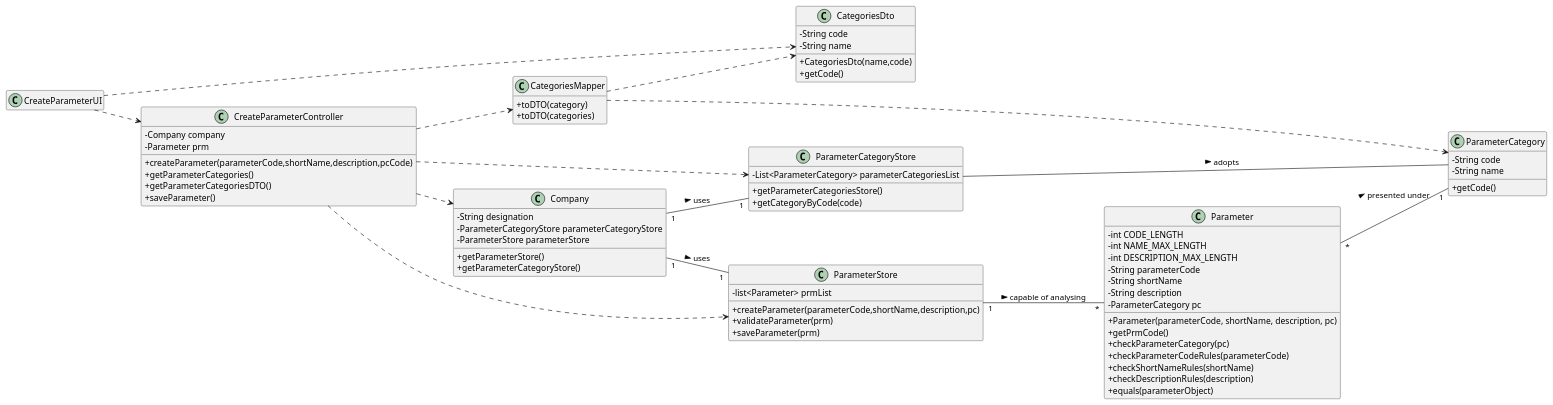
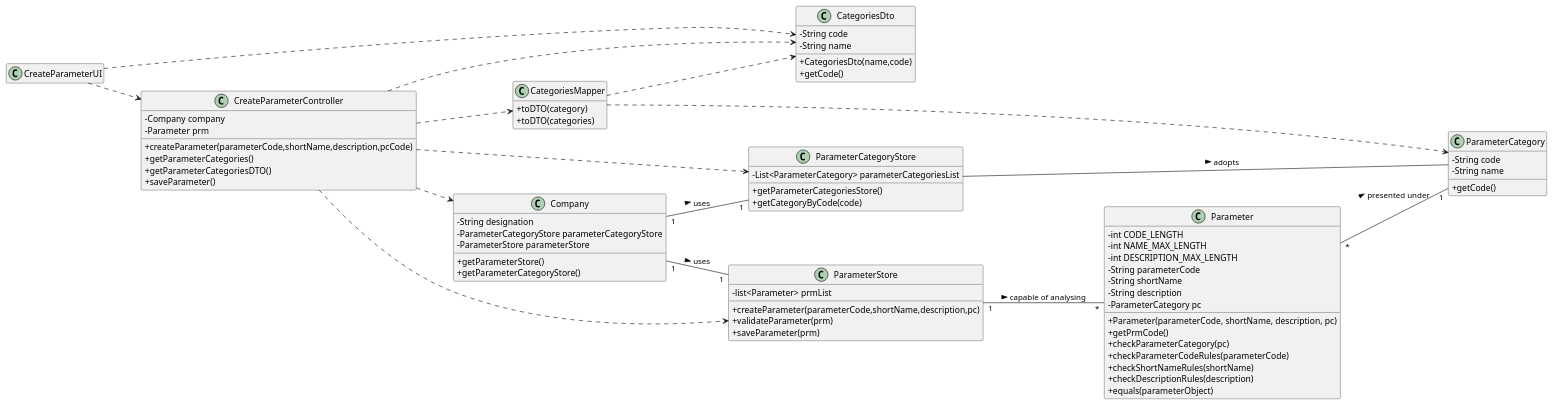
Before and after one commit to ana-albergaria/LAPR2-ISEP: the diagram in docs/SprintB/US_10/US10_CD.puml, drawn with PlantUML. The commit also changed 1 other file, not shown here.

```diff
--- a/docs/SprintB/US_10/US10_CD.puml
+++ b/docs/SprintB/US_10/US10_CD.puml
@@ -1,90 +1,91 @@
 @startuml
 hide empty methods
 hide empty attributes
 left to right direction
 skinparam classAttributeIconSize 0
 
 class CategoriesDto {
     -String code
     -String name
     +CategoriesDto(name,code)
     +getCode()
 }
 
 class CategoriesMapper {
     +toDTO(category)
     +toDTO(categories)
 }
 
 class ParameterCategoryStore {
     -List<ParameterCategory> parameterCategoriesList
     +getParameterCategoriesStore()
     +getCategoryByCode(code)
 }
 
 class ParameterStore {
     -list<Parameter> prmList
     +createParameter(parameterCode,shortName,description,pc)
     +validateParameter(prm)
     +saveParameter(prm)
 }
 
 class Parameter {
   -int CODE_LENGTH
   -int NAME_MAX_LENGTH
   -int DESCRIPTION_MAX_LENGTH
   -String parameterCode
   -String shortName
   -String description
   -ParameterCategory pc
   +Parameter(parameterCode, shortName, description, pc)
   +getPrmCode()
   +checkParameterCategory(pc)
   +checkParameterCodeRules(parameterCode)
   +checkShortNameRules(shortName)
   +checkDescriptionRules(description)
   +equals(parameterObject)
 }
 
 class ParameterCategory {
    -String code
    -String name
    +getCode()
 }
 
 class Company {
   -String designation
   -ParameterCategoryStore parameterCategoryStore
   -ParameterStore parameterStore
   +getParameterStore()
   +getParameterCategoryStore()
 }
 
 class CreateParameterController {
   -Company company
   -Parameter prm
   +createParameter(parameterCode,shortName,description,pcCode)
   +getParameterCategories()
   +getParameterCategoriesDTO()
   +saveParameter()
 }
 
 class CreateParameterUI {
 }
 
 CreateParameterUI ..> CreateParameterController
 CreateParameterController ..> Company
 CreateParameterController ..> ParameterCategoryStore
 CreateParameterController ..> ParameterStore
 CreateParameterController ..> CategoriesMapper
 CategoriesMapper ..> ParameterCategory
 CategoriesMapper ..> CategoriesDto
 CreateParameterUI ..> CategoriesDto
+CreateParameterController ..> CategoriesDto
 ParameterCategoryStore -- ParameterCategory : adopts >
 Company "1" -- "1" ParameterCategoryStore : uses >
 Company "1" -- "1" ParameterStore : uses >
 ParameterStore "1" -- "*" Parameter : capable of analysing >
 Parameter "*" -- "1" ParameterCategory : presented under >
 
 
 @enduml
```
